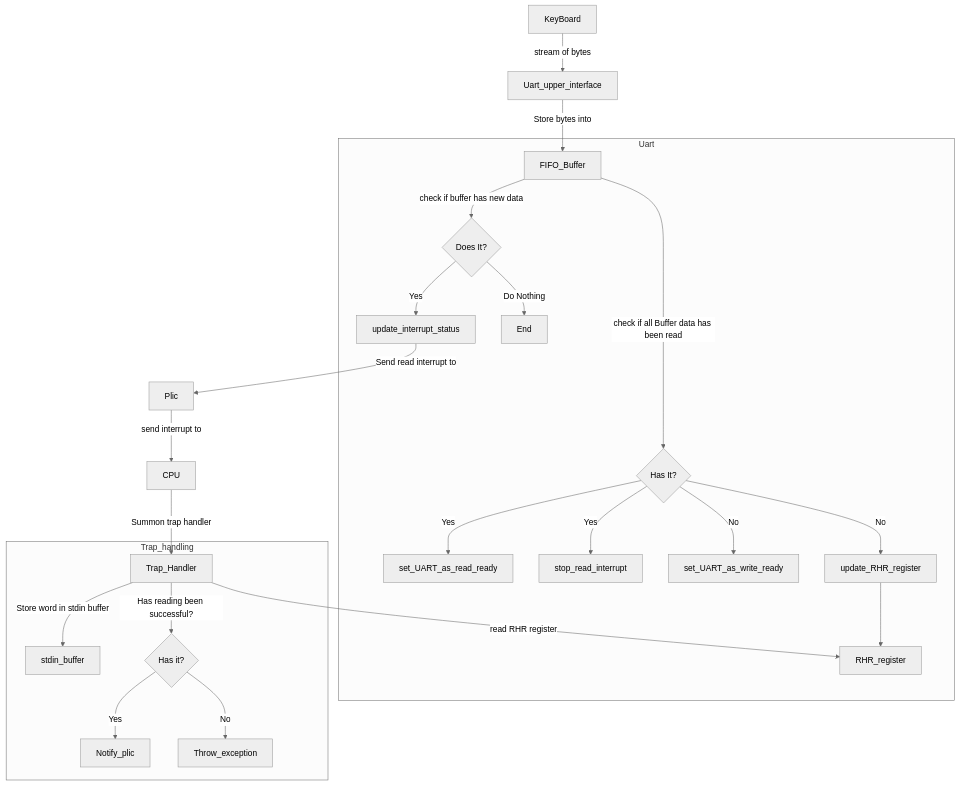
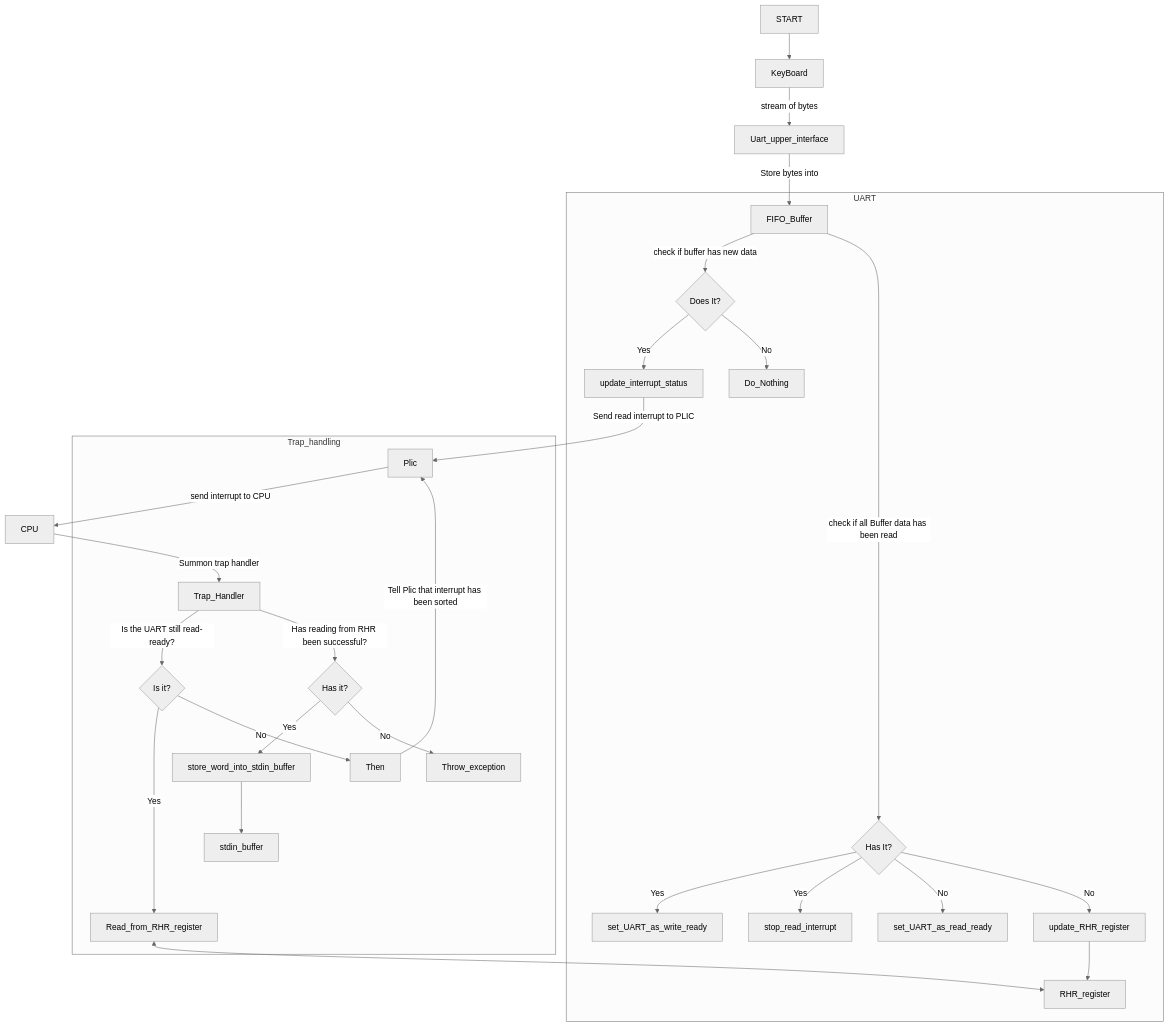
The diagram in main_site/Documentation_books/Developer Documentation/src/designs_and_layouts.md (kiarie404/CSC-416-4TH), drawn with Mermaid (neutral theme) before and after one commit. The commit also changed other lines of this file and 11 other files, not shown here.

Commit message:
Interrupts and exceptions are working again. When a process is loaded into the CPU, the address of its trapframe gets loaded into the mscratch register.

````diff
--- a/main_site/Documentation_books/Developer Documentation/src/designs_and_layouts.md
+++ b/main_site/Documentation_books/Developer Documentation/src/designs_and_layouts.md
@@ -13,33 +13,39 @@
 ```mermaid
 flowchart TD
-
+    START --> KeyBoard
     KeyBoard -->|stream of bytes| Uart_upper_interface
     Uart_upper_interface -->|Store bytes into| FIFO_Buffer
     
-    subgraph Uart
+    subgraph UART
         FIFO_Buffer -->|check if buffer has new data| if_state{Does It?}
         if_state -->|Yes| update_interrupt_status
-        if_state -->|Do Nothing| End
+        if_state -->|No| Do_Nothing
 
         FIFO_Buffer -->|check if all Buffer data has been read| if_state_2{Has It?}
-        if_state_2 -->|Yes| set_UART_as_read_ready
+        if_state_2 -->|Yes| set_UART_as_write_ready
         if_state_2 -->|Yes| stop_read_interrupt
-        if_state_2 -->|No| set_UART_as_write_ready
+        if_state_2 -->|No| set_UART_as_read_ready
         if_state_2 -->|No| update_RHR_register
         update_RHR_register --> RHR_register
     end
 
-    update_interrupt_status -->|Send read interrupt to| Plic
-    Plic -->|send interrupt to| CPU
+    update_interrupt_status -->|Send read interrupt to PLIC| Plic
+    Plic -->|send interrupt to CPU| CPU
     CPU -->|Summon trap handler| Trap_Handler
 
     subgraph Trap_handling
-        Trap_Handler -->|read RHR register| RHR_register
-        Trap_Handler -->|Store word in stdin buffer| stdin_buffer
-        Trap_Handler -->|Has reading been successful?| if_state_3{Has it?}
-        if_state_3 -->|Yes| Notify_plic
+        Trap_Handler -->|Is the UART still read-ready?| if_state_4{Is it?}
+        if_state_4 ---->|Yes| Read_from_RHR_register
+        Read_from_RHR_register <--> RHR_register
+        if_state_4 -->|No| Then
+        Then -->|Tell Plic that interrupt has been sorted| Plic
+
+        Trap_Handler -->|Has reading from RHR been successful?| if_state_3{Has it?}
+        if_state_3 -->|Yes| store_word_into_stdin_buffer
+        store_word_into_stdin_buffer --> stdin_buffer
         if_state_3 -->|No| Throw_exception
+        
     end
 
 
 ```
````
